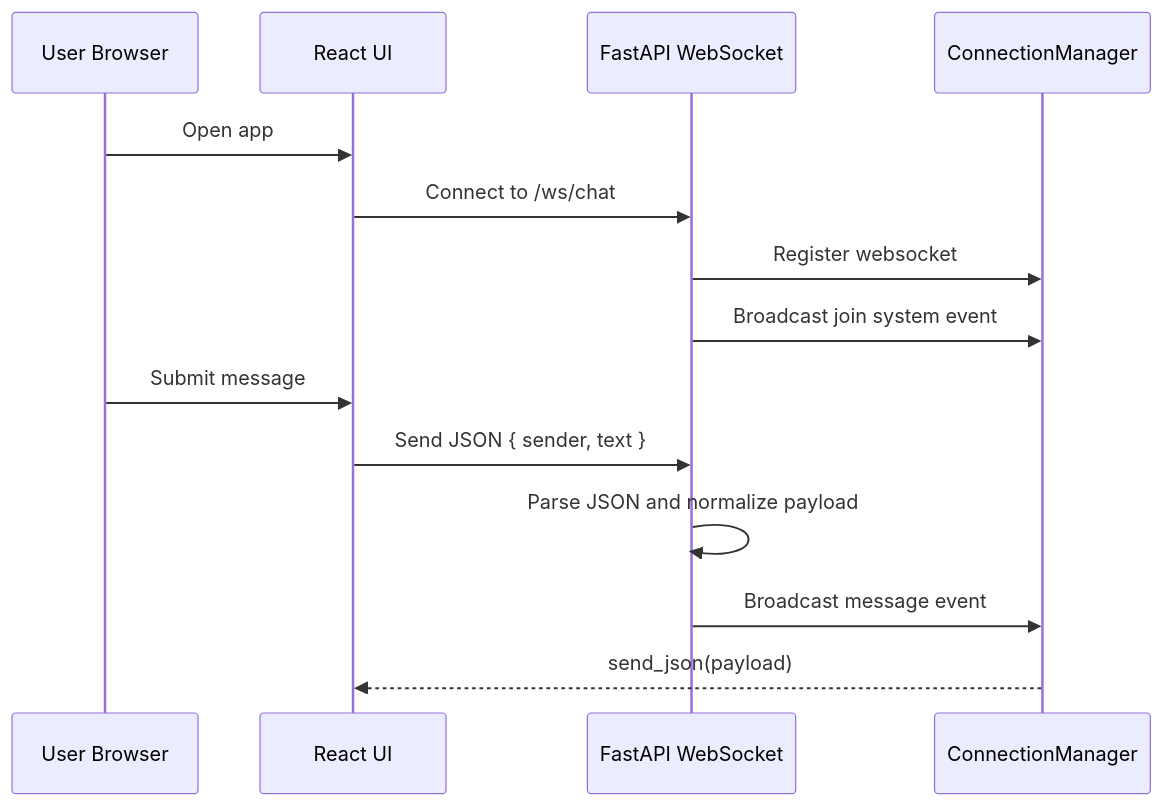
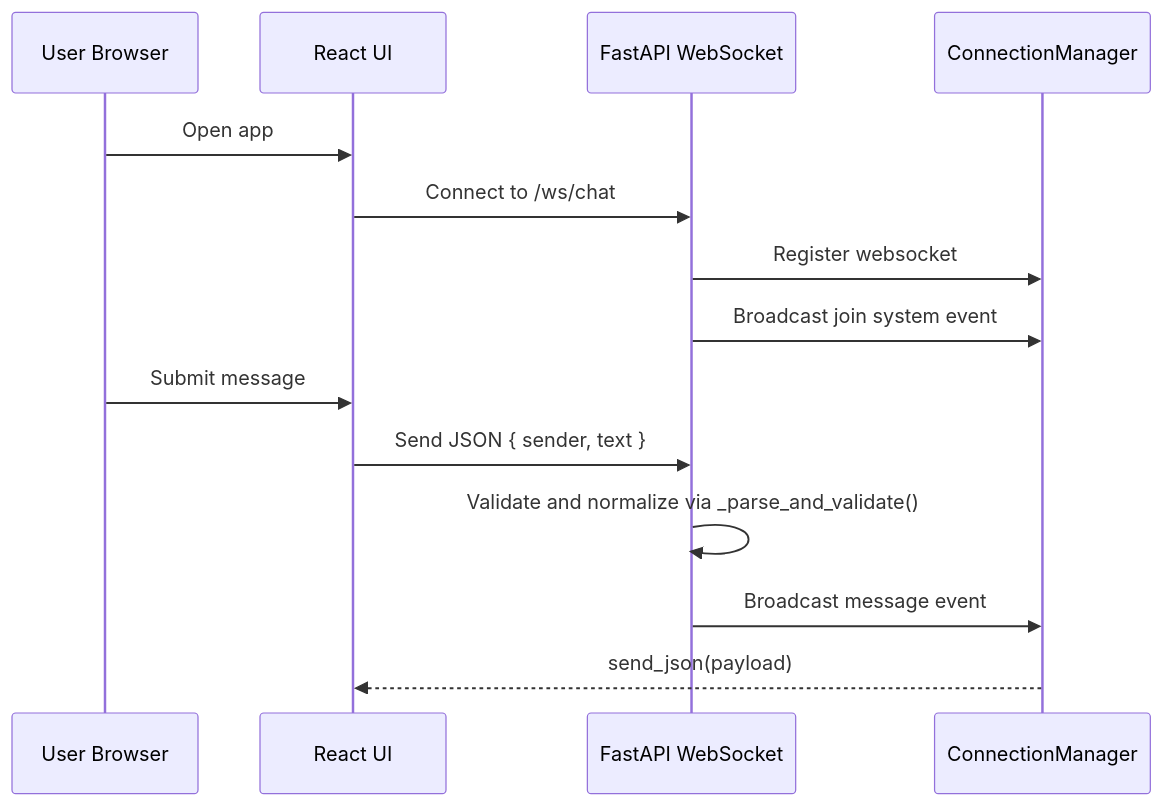
One commit to stigmergist/VibeArch changed the first of 2 diagrams in arch/data-flow.md. Above: the diagram before and after it, drawn with Mermaid. The commit also changed other lines of this file and 9 other files, not shown here.

Commit message:
Reassess architecture NFR coverage

````diff
--- a/arch/data-flow.md
+++ b/arch/data-flow.md
@@ -5,17 +5,17 @@
 ```mermaid
 sequenceDiagram
    participant U as User Browser
    participant F as React UI
    participant B as FastAPI WebSocket
    participant M as ConnectionManager
 
    U->>F: Open app
    F->>B: Connect to /ws/chat
    B->>M: Register websocket
    B->>M: Broadcast join system event
    U->>F: Submit message
    F->>B: Send JSON { sender, text }
-   B->>B: Parse JSON and normalize payload
+   B->>B: Validate and normalize via _parse_and_validate()
    B->>M: Broadcast message event
    M-->>F: send_json(payload)
 ```
````
